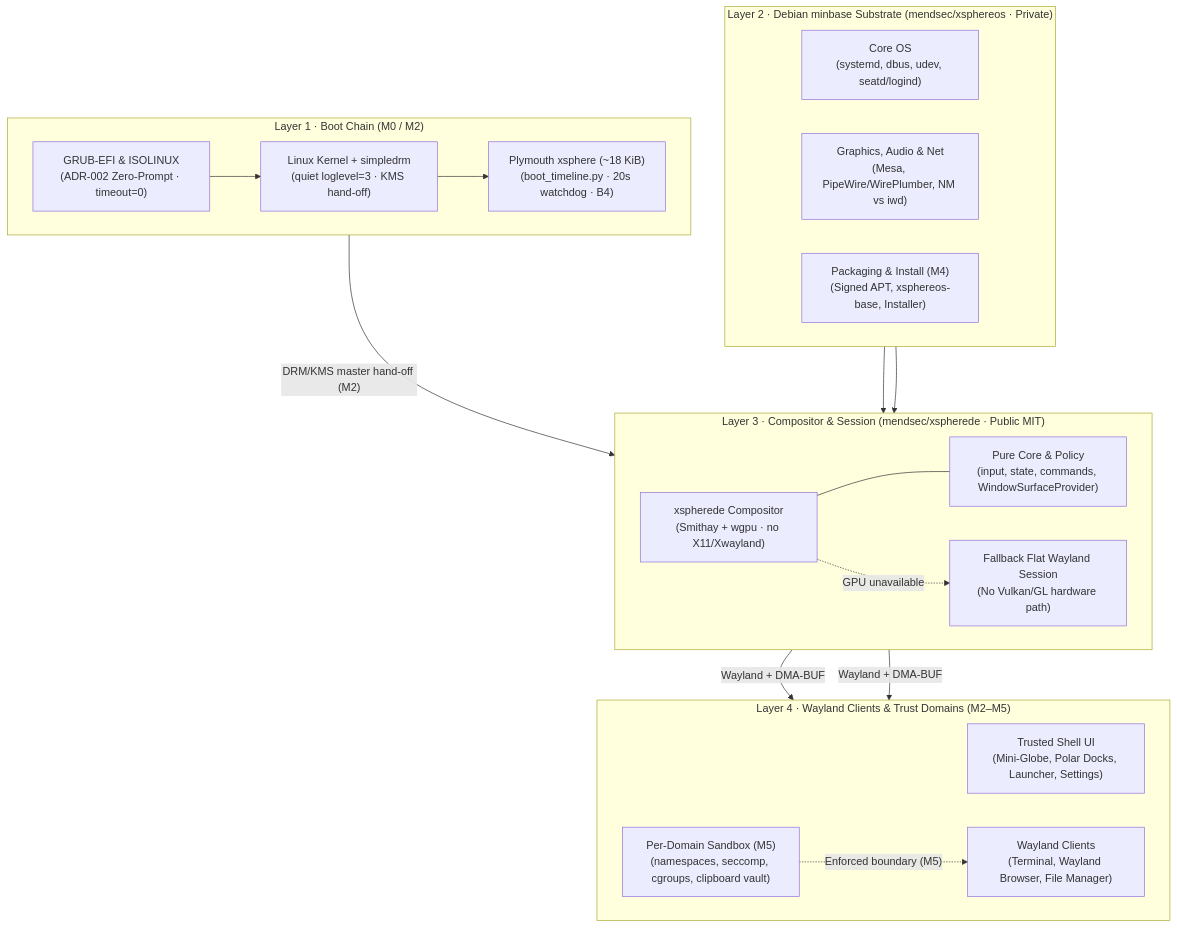
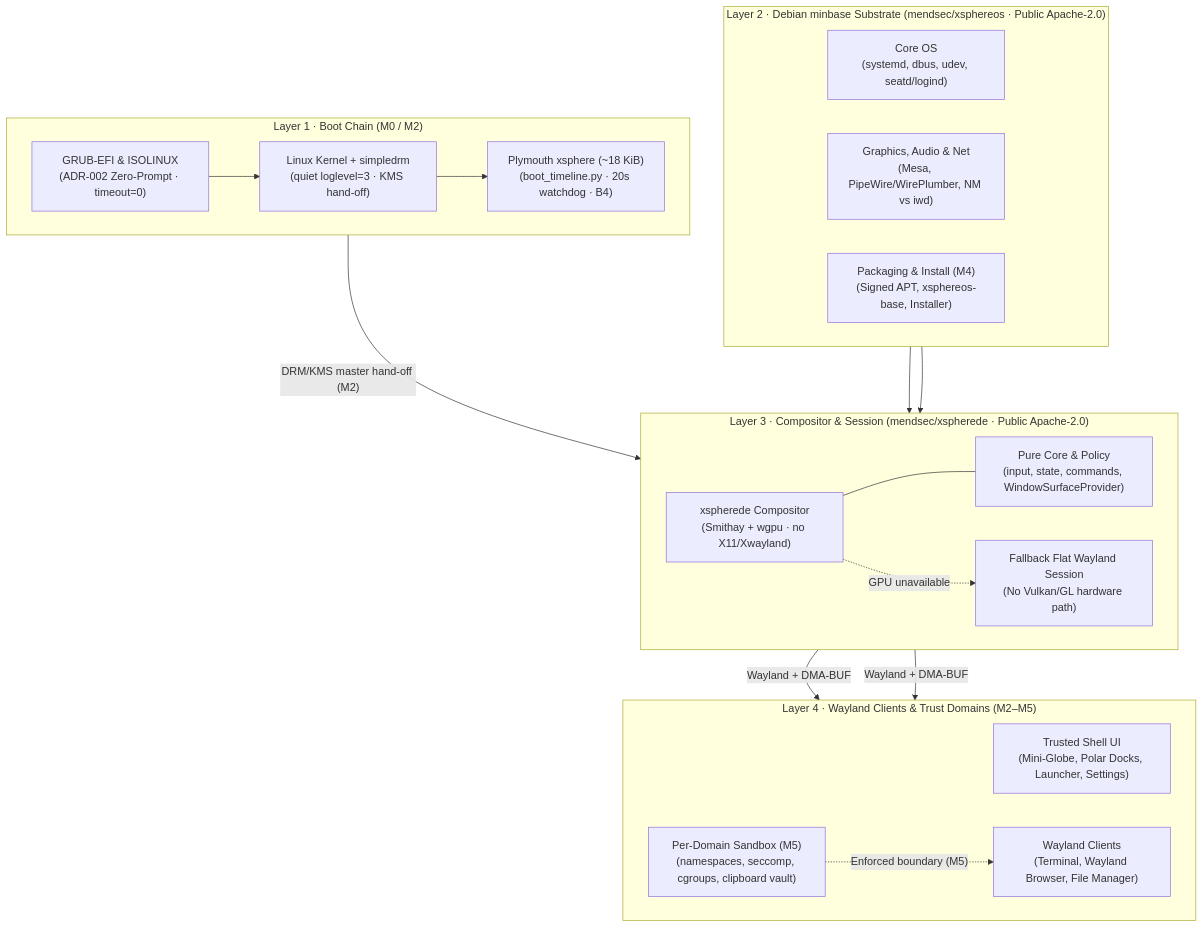
The first of 3 diagrams in docs/ARCHITECTURE.md (spheradian/spheradianos), drawn with Mermaid before and after one commit. The commit also changed 12 other files, not shown here.

First line of the commit message:
docs(adr): propose ADR-010 making xsphereos public after M0 (#23)

````diff
--- a/docs/ARCHITECTURE.md
+++ b/docs/ARCHITECTURE.md
@@ -13,48 +13,48 @@
 ```mermaid
 flowchart TB
     subgraph L4["Layer 4 · Wayland Clients & Trust Domains (M2–M5)"]
         direction LR
         UI["Trusted Shell UI<br/>(Mini-Globe, Polar Docks, Launcher, Settings)"]
         APPS["Wayland Clients<br/>(Terminal, Wayland Browser, File Manager)"]
         SANDBOX["Per-Domain Sandbox (M5)<br/>(namespaces, seccomp, cgroups, clipboard vault)"]
     end
 
-    subgraph L3["Layer 3 · Compositor & Session (mendsec/xspherede · Public MIT)"]
+    subgraph L3["Layer 3 · Compositor & Session (mendsec/xspherede · Public Apache-2.0)"]
         direction LR
         SMITHAY["xspherede Compositor<br/>(Smithay + wgpu · no X11/Xwayland)"]
         CORE["Pure Core & Policy<br/>(input, state, commands, WindowSurfaceProvider)"]
         FALLBACK["Fallback Flat Wayland Session<br/>(No Vulkan/GL hardware path)"]
     end
 
-    subgraph L2["Layer 2 · Debian minbase Substrate (mendsec/xsphereos · Private)"]
+    subgraph L2["Layer 2 · Debian minbase Substrate (mendsec/xsphereos · Public Apache-2.0)"]
         direction LR
         SYS["Core OS<br/>(systemd, dbus, udev, seatd/logind)"]
         MEDIA["Graphics, Audio & Net<br/>(Mesa, PipeWire/WirePlumber, NM vs iwd)"]
         PKG["Packaging & Install (M4)<br/>(Signed APT, xsphereos-base, Installer)"]
     end
 
     subgraph L1["Layer 1 · Boot Chain (M0 / M2)"]
         direction LR
         BOOT["GRUB-EFI & ISOLINUX<br/>(ADR-002 Zero-Prompt · timeout=0)"]
         KERN["Linux Kernel + simpledrm<br/>(quiet loglevel=3 · KMS hand-off)"]
         PLY["Plymouth xsphere (~18 KiB)<br/>(boot_timeline.py · 20s watchdog · B4)"]
     end
 
     BOOT --> KERN --> PLY
     PLY -->|"DRM/KMS master hand-off (M2)"| SMITHAY
     SYS --> SMITHAY
     MEDIA --> SMITHAY
     SMITHAY --- CORE
     SMITHAY -.->|"GPU unavailable"| FALLBACK
     SMITHAY -->|"Wayland + DMA-BUF"| UI
     SMITHAY -->|"Wayland + DMA-BUF"| APPS
     SANDBOX -.->|"Enforced boundary (M5)"| APPS
 
     click BOOT "https://github.com/mendsec/xsphereos/issues/14" "Issue #14: Zero-prompt bootloaders"
     click PLY "https://github.com/mendsec/xsphereos/issues/7" "Issue #7: Plymouth hand-off (B4)"
     click SMITHAY "https://github.com/mendsec/xsphereos/issues/9" "Issue #9: Smithay compositor session"
     click FALLBACK "https://github.com/mendsec/xsphereos/issues/5" "Issue #5: M1 prototype & fallback"
     click MEDIA "https://github.com/mendsec/xsphereos/issues/8" "Issue #8: Browser & network ADR"
     click PKG "https://github.com/mendsec/xsphereos/issues/12" "Issue #12: Signed APT & release"
     click SANDBOX "https://github.com/mendsec/xsphereos/issues/13" "Issue #13: Per-domain sandboxing"
 ```
````
